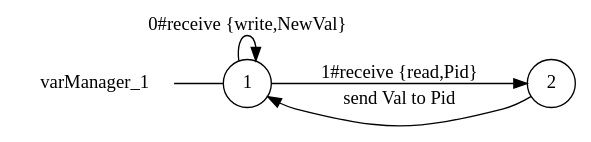
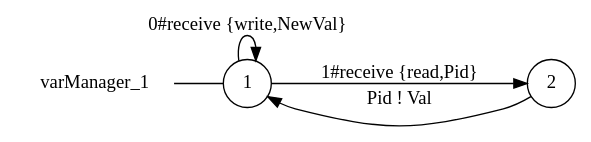
The diagram in examples/cauder_suite/meViolation/varManager_1_local_view.dot (gabrielegenovese/chorer), drawn with Graphviz before and after one commit. The commit also changed 56 other files, not shown here.

Commit message:
updated send label format in "proc ! data"

```diff
--- a/examples/cauder_suite/meViolation/varManager_1_local_view.dot
+++ b/examples/cauder_suite/meViolation/varManager_1_local_view.dot
@@ -1,11 +1,11 @@
 digraph varManager_1 {
 	rankdir="LR";
 	n_0 [label="varManager_1", shape="plaintext"];
 	n_1 [id="1", shape=circle, label="1"];
 	n_0 -> n_1 [arrowhead=none];
 	n_2 [id="4", shape=circle, label="2"];
 
 	n_1 -> n_1 [id="[$e|9]", label="0#receive {write,NewVal}"];
 	n_1 -> n_2 [id="[$e|2]", label="1#receive {read,Pid}"];
-	n_2 -> n_1 [id="[$e|10]", label="send Val to Pid"];
+	n_2 -> n_1 [id="[$e|10]", label="Pid ! Val"];
 }
```
